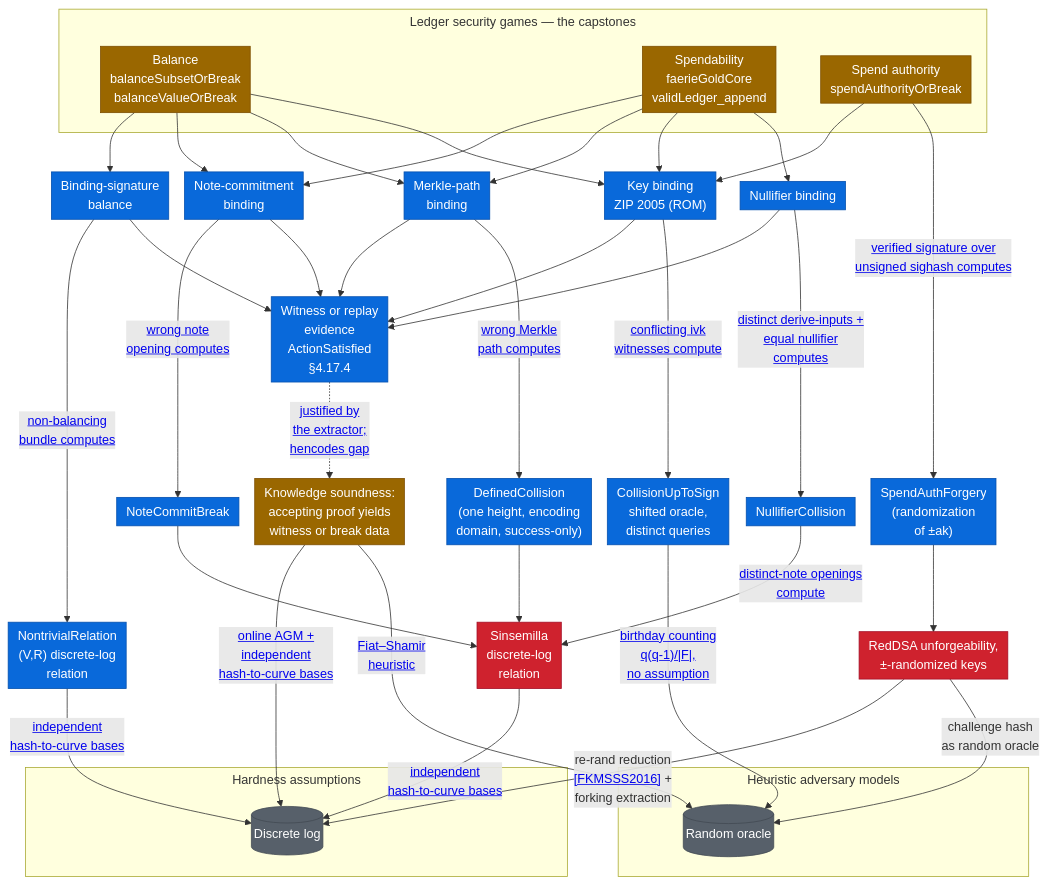
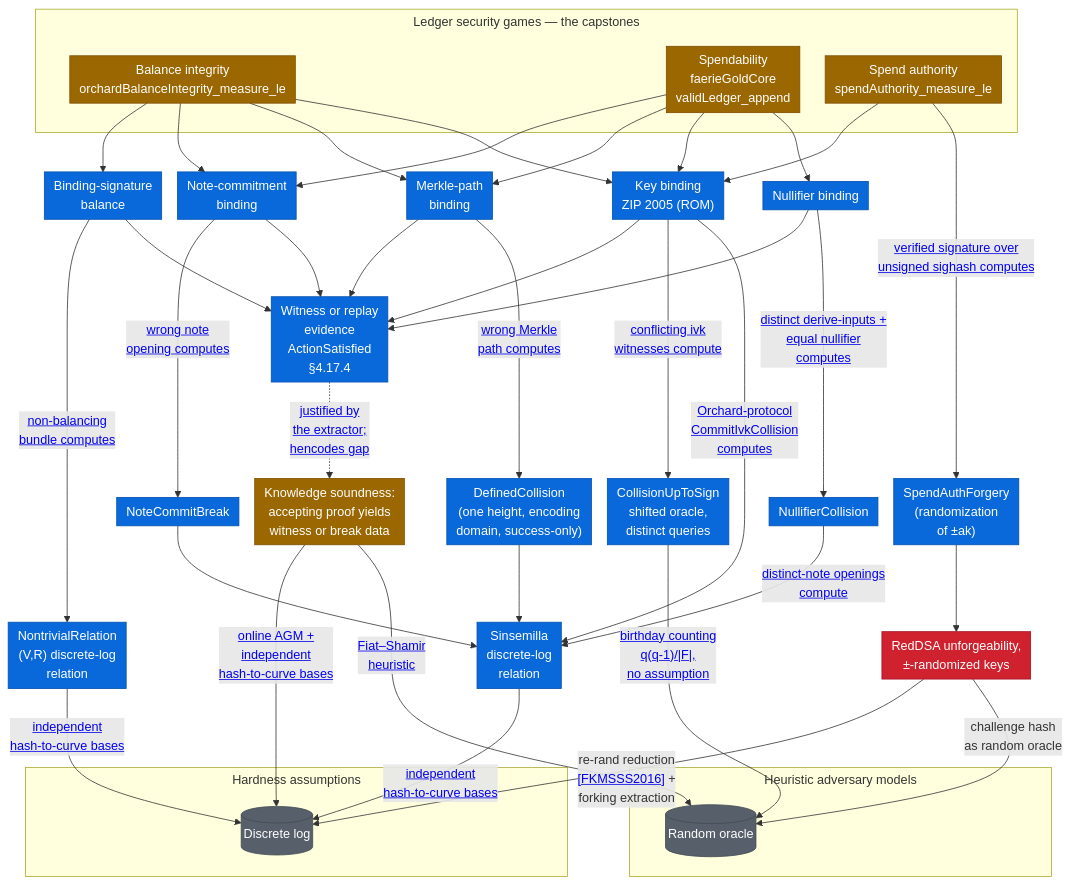
One commit to daira/ironwood changed the diagram in book/src/formal-verification/security-definitions.md. Above: the diagram before and after it, drawn with Mermaid. The commit also changed other lines of this file and 1 other file, not shown here.

First line of the commit message:
book: the ledger probability capstones on the security-definitions page

````diff
--- a/book/src/formal-verification/security-definitions.md
+++ b/book/src/formal-verification/security-definitions.md
@@ -31,9 +31,9 @@
 %%{init: {"flowchart": {"nodeSpacing": 20, "rankSpacing": 50, "padding": 6, "diagramPadding": 4, "subGraphTitleMargin": {"top": 4, "bottom": 18}}, "themeCSS": ".cluster-label { font-weight: 700; font-size: 1.1em; font-family: raleway, sans-serif; }"}}%%
 flowchart TD
   subgraph GAMES["Ledger security games — the capstones"]
-    BAL["Balance<br/>balanceSubsetOrBreak<br/>balanceValueOrBreak"]
+    BAL["Balance integrity<br/>orchardBalanceIntegrity_measure_le"]
     SPEND["Spendability<br/>faerieGoldCore<br/>validLedger_append"]
-    SPENDAUTH["Spend authority<br/>spendAuthorityOrBreak"]
+    SPENDAUTH["Spend authority<br/>spendAuthority_measure_le"]
   end
 
   BAL --> BS["Binding-signature<br/>balance"]
@@ -62,6 +62,7 @@
   MERK --->|"<a target='_blank' href='https://github.com/zcash/ironwood/blob/main/Zcash/Security/Ledger/Merkle.lean'>wrong Merkle<br/>path computes</a>"| MC["DefinedCollision<br/>(one height, encoding<br/>domain, success-only)"]
   KB --> STMT
   KB --->|"<a target='_blank' href='https://github.com/zcash/ironwood/blob/main/Zcash/Security/KeyBinding/Basic.lean'>conflicting ivk<br/>witnesses compute</a>"| CUS["CollisionUpToSign<br/>shifted oracle,<br/>distinct queries"]
+  KB --->|"<a target='_blank' href='https://github.com/zcash/ironwood/blob/main/Zcash/Security/Ledger/KeyBindingDLR.lean'>Orchard-protocol<br/>CommitIvkCollision<br/>computes</a>"| SDLR
   NFB --> STMT
   NFB --->|"<a target='_blank' href='https://github.com/zcash/ironwood/blob/main/Zcash/Security/Ledger/Spendability.lean'>distinct derive-inputs +<br/>equal nullifier<br/>computes</a>"| NFC["NullifierCollision"]
   SPENDAUTH --->|"<a target='_blank' href='https://github.com/zcash/ironwood/blob/main/Zcash/Security/Ledger/SpendAuthority.lean'>verified signature over<br/>unsigned sighash computes</a>"| SAF["SpendAuthForgery<br/>(randomization<br/>of ±ak)"]
@@ -107,7 +108,7 @@
   classDef hyp fill:#cf222e,stroke:#a40e26,color:#ffffff
   classDef assumed fill:#57606a,stroke:#424a53,color:#ffffff
   class BAL,SPEND,SPENDAUTH,KS partial
-  class NCB,BS,KB,MERK,NFB,STMT,NDLR,CUS,NCBK,MC,NFC,SAF checked
-  class SDLR,RDSA hyp
+  class NCB,BS,KB,MERK,NFB,STMT,NDLR,CUS,NCBK,MC,NFC,SAF,SDLR checked
+  class RDSA hyp
   class DL,ROM assumed
 ```
````
